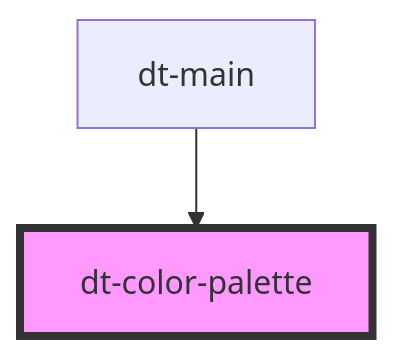
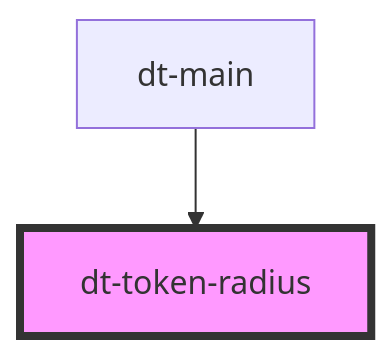
Before and after one commit to genexuslabs/design-tokens-editor: the diagram in src/components/token-radius/readme.md, drawn with Mermaid. The commit also changed other lines of this file and 17 other files, not shown here.

````diff
--- a/src/components/token-radius/readme.md
+++ b/src/components/token-radius/readme.md
@@ -22,5 +22,5 @@
 ```mermaid
 graph TD;
-  dt-main --> dt-color-palette
-  style dt-color-palette fill:#f9f,stroke:#333,stroke-width:4px
+  dt-main --> dt-token-radius
+  style dt-token-radius fill:#f9f,stroke:#333,stroke-width:4px
 ```
````
